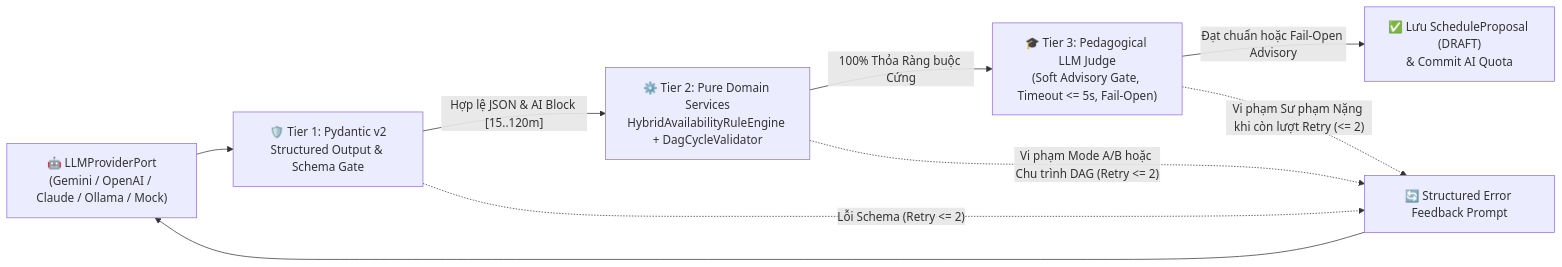
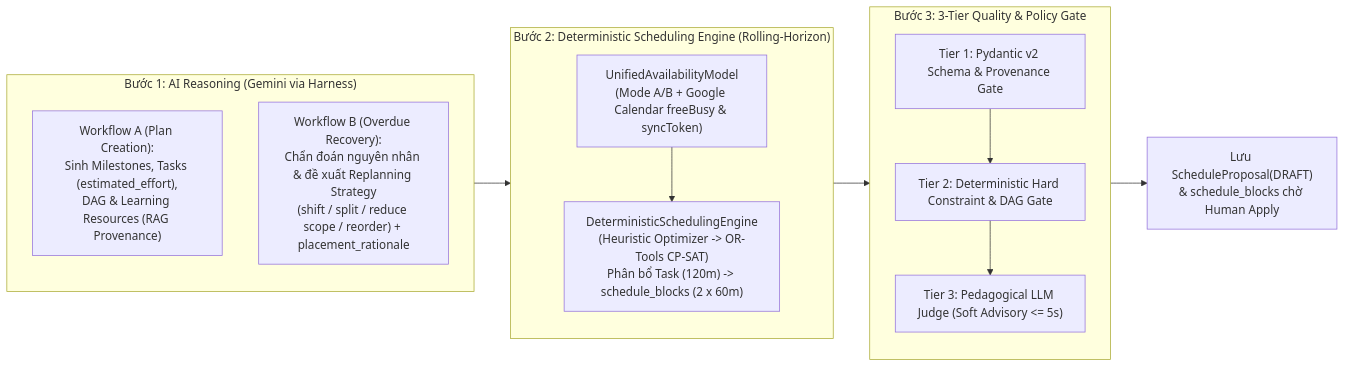
The diagram in docs/decisions/ADR-009-ai-constraint-validation-and-evaluation-harness.md (Coffat/FocusFlow), drawn with Mermaid before and after one commit. The commit also changed other lines of this file and 15 other files, not shown here.

Commit message:
docs(architecture): update system architecture, C4 components, AI harness, and ADR records

````diff
--- a/docs/decisions/ADR-009-ai-constraint-validation-and-evaluation-harness.md
+++ b/docs/decisions/ADR-009-ai-constraint-validation-and-evaluation-harness.md
@@ -48,11 +48,22 @@
 ```mermaid
 flowchart LR
-    LLM["🤖 LLMProviderPort<br/>(Gemini / OpenAI / Claude / Ollama / Mock)"] --> T1["🛡️ Tier 1: Pydantic v2<br/>Structured Output & Schema Gate"]
-    T1 -->|"Hợp lệ JSON & AI Block [15..120m]"| T2["⚙️ Tier 2: Pure Domain Services<br/>HybridAvailabilityRuleEngine + DagCycleValidator"]
-    T2 -->|"100% Thỏa Ràng buộc Cứng"| T3["🎓 Tier 3: Pedagogical LLM Judge<br/>(Soft Advisory Gate, Timeout <= 5s, Fail-Open)"]
-    T3 -->|"Đạt chuẩn hoặc Fail-Open Advisory"| Draft["✅ Lưu ScheduleProposal (DRAFT)<br/>& Commit AI Quota"]
-    T1 -.->|"Lỗi Schema (Retry <= 2)"| Retry["🔄 Structured Error Feedback Prompt"]
-    T2 -.->|"Vi phạm Mode A/B hoặc Chu trình DAG (Retry <= 2)"| Retry
-    T3 -.->|"Vi phạm Sư phạm Nặng khi còn lượt Retry (<= 2)"| Retry
-    Retry --> LLM
+    subgraph Step1["Bước 1: AI Reasoning (Gemini via Harness)"]
+        A1["Workflow A (Plan Creation):<br/>Sinh Milestones, Tasks (estimated_effort),<br/>DAG & Learning Resources (RAG Provenance)"]
+        A2["Workflow B (Overdue Recovery):<br/>Chẩn đoán nguyên nhân & đề xuất Replanning Strategy<br/>(shift / split / reduce scope / reorder) + placement_rationale"]
+    end
+
+    subgraph Step2["Bước 2: Deterministic Scheduling Engine (Rolling-Horizon)"]
+        UAM["UnifiedAvailabilityModel<br/>(Mode A/B + Google Calendar freeBusy & syncToken)"]
+        SOLVER["DeterministicSchedulingEngine<br/>(Heuristic Optimizer -> OR-Tools CP-SAT)<br/>Phân bổ Task (120m) -> schedule_blocks (2 x 60m)"]
+        UAM --> SOLVER
+    end
+
+    subgraph Step3["Bước 3: 3-Tier Quality & Policy Gate"]
+        G1["Tier 1: Pydantic v2 Schema & Provenance Gate"]
+        G2["Tier 2: Deterministic Hard Constraint & DAG Gate"]
+        G3["Tier 3: Pedagogical LLM Judge (Soft Advisory <= 5s)"]
+        G1 --> G2 --> G3
+    end
+
+    Step1 --> Step2 --> Step3 --> DRAFT["Lưu ScheduleProposal(DRAFT)<br/>& schedule_blocks chờ Human Apply"]
 ```
````
